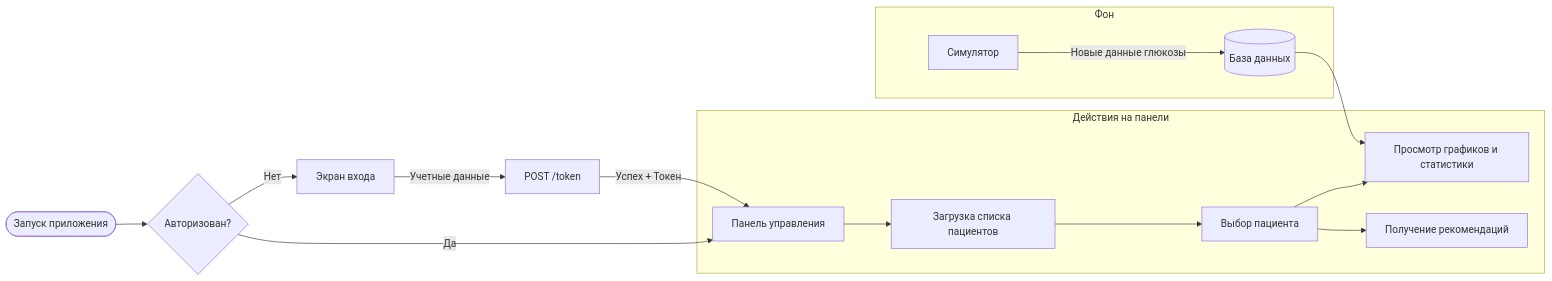
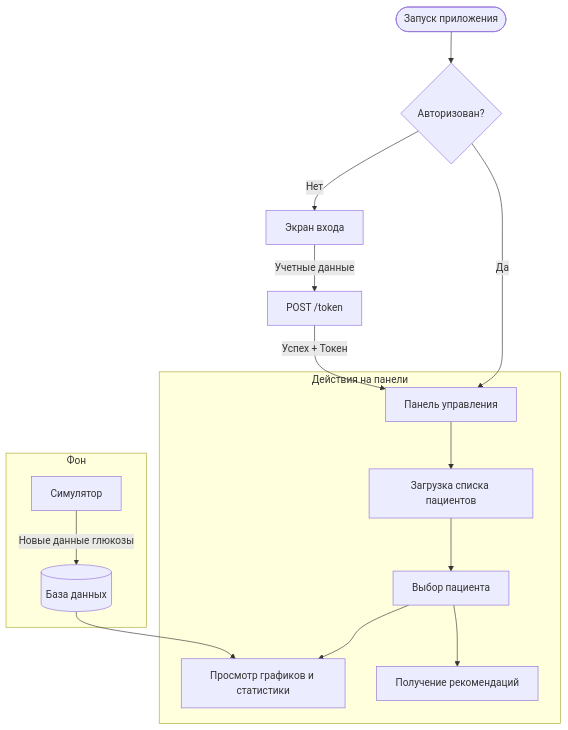
The second of 2 diagrams in project_report.md (Dr-U-boop/Glukoze-Test), drawn with Mermaid before and after one commit.

````diff
--- a/project_report.md
+++ b/project_report.md
@@ -69,20 +69,20 @@
 ```mermaid
-flowchart LR
+flowchart TD
     Start([Запуск приложения]) --> Auth{"Авторизован?"}
     Auth -- Нет --> Login[Экран входа]
     Login -- "Учетные данные" --> API_Auth[POST /token]
     API_Auth -- "Успех + Токен" --> Dashboard[Панель управления]
     Auth -- Да --> Dashboard
 
     subgraph "Действия на панели"
         Dashboard --> GetPatients[Загрузка списка пациентов]
         GetPatients --> Select[Выбор пациента]
         Select --> Data[Просмотр графиков и статистики]
         Select --> Recs[Получение рекомендаций]
     end
 
     subgraph "Фон"
         Sim[Симулятор] -- "Новые данные глюкозы" --> DB[(База данных)]
         DB --> Data
     end
 ```
````
